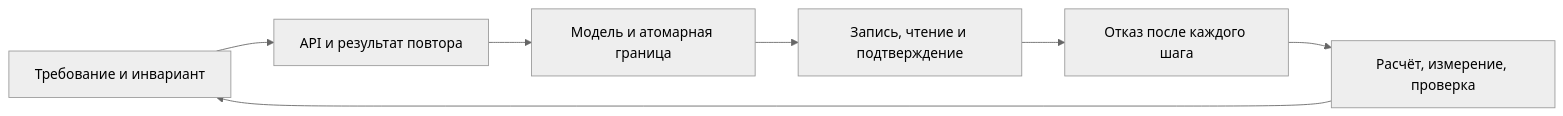
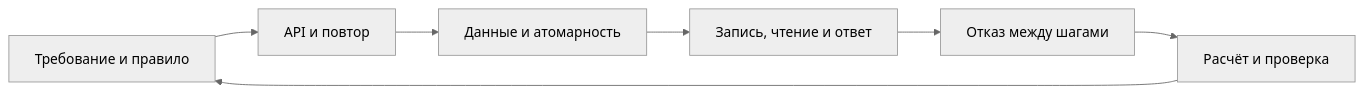
One commit to leary1337/vault changed the diagram in docs/system-design/system-design-process.md. Above: the diagram before and after it, drawn with Mermaid (neutral theme). The commit also changed other lines of this file and 325 other files, not shown here.

````diff
--- a/docs/system-design/system-design-process.md
+++ b/docs/system-design/system-design-process.md
@@ -46,9 +24,9 @@
 ```mermaid
 flowchart LR
-    C[Требование и инвариант] --> Contract[API и результат повтора]
-    Contract --> Data[Модель и атомарная граница]
-    Data --> Path[Запись, чтение и подтверждение]
-    Path --> Fault[Отказ после каждого шага]
-    Fault --> Evidence[Расчёт, измерение, проверка]
-    Evidence --> C
+    Rule[Требование и правило] --> API[API и повтор]
+    API --> Data[Данные и атомарность]
+    Data --> Path[Запись, чтение и ответ]
+    Path --> Failure[Отказ между шагами]
+    Failure --> Check[Расчёт и проверка]
+    Check --> Rule
 ```
````
